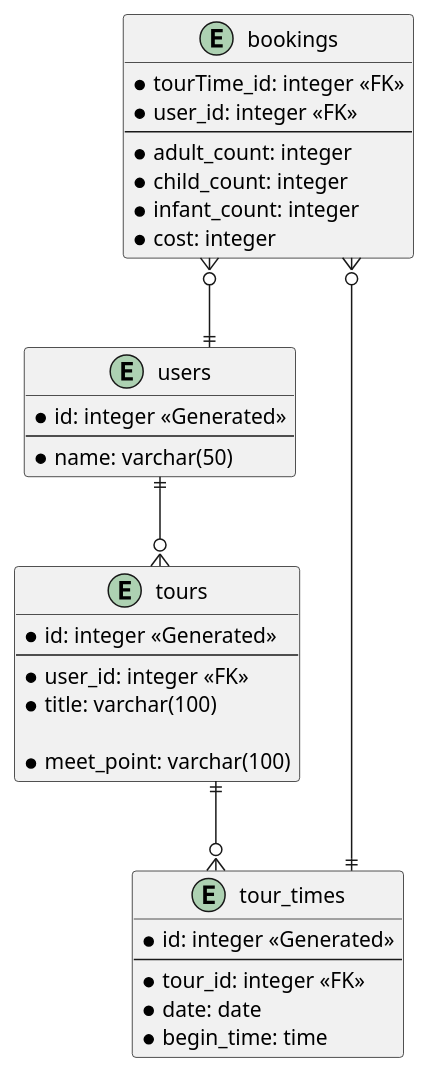
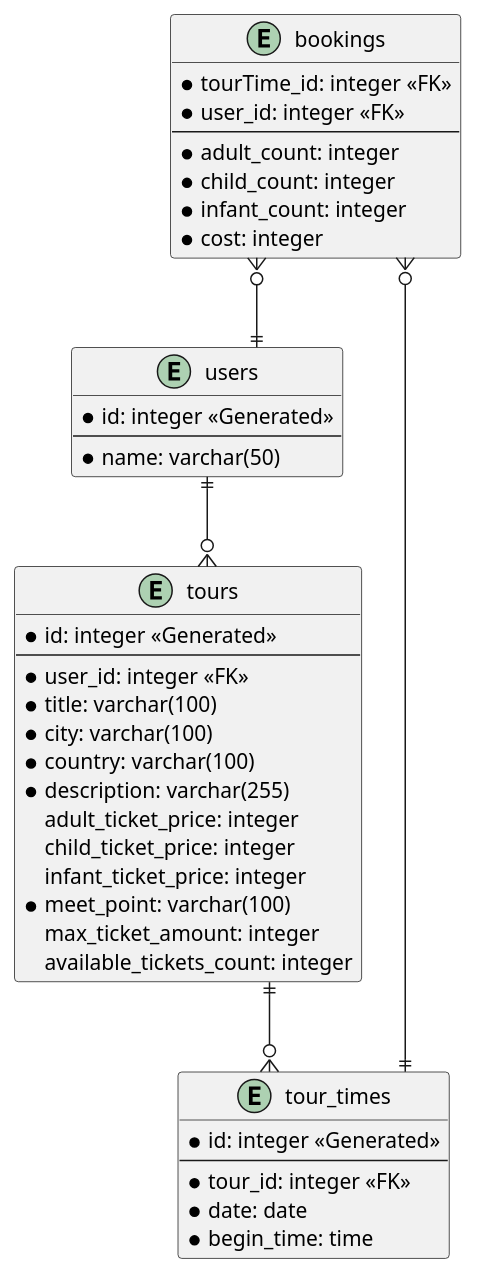
One commit to WaalerThomas/ITF20319_Gruppe13 changed the diagram in models/database.puml. Above: the diagram before and after it, drawn with PlantUML. The commit also changed 2 other files, not shown here.

```diff
--- a/models/database.puml
+++ b/models/database.puml
@@ -1,42 +1,49 @@
 @startuml
 skinparam linetype ortho
 
 entity users {
     *id: integer <<Generated>>
     --
     *name: varchar(50)
 }
 
 entity tours {
     *id: integer <<Generated>>
     --
     *user_id: integer <<FK>>
     *title: varchar(100)
-
+    *city: varchar(100)
+    *country: varchar(100)
+    *description: varchar(255)
+    adult_ticket_price: integer
+    child_ticket_price: integer
+    infant_ticket_price: integer
     *meet_point: varchar(100)
+    max_ticket_amount: integer
+    available_tickets_count: integer
 }
 
 entity tour_times {
     *id: integer <<Generated>>
     --
     *tour_id: integer <<FK>>
     *date: date
     *begin_time: time
 }
 
 entity bookings {
     *tourTime_id: integer <<FK>>
     *user_id: integer <<FK>>
     --
     *adult_count: integer
     *child_count: integer
     *infant_count: integer
     *cost: integer
 }
 
 users ||--o{ tours
 tours ||--o{ tour_times
 bookings }o--|| tour_times
 bookings }o--|| users
 
 @enduml
```
